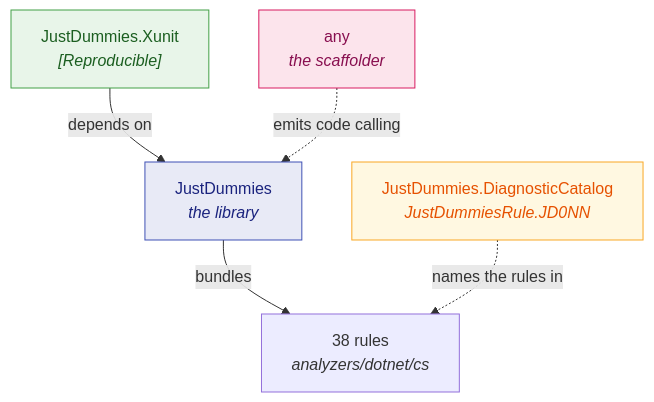
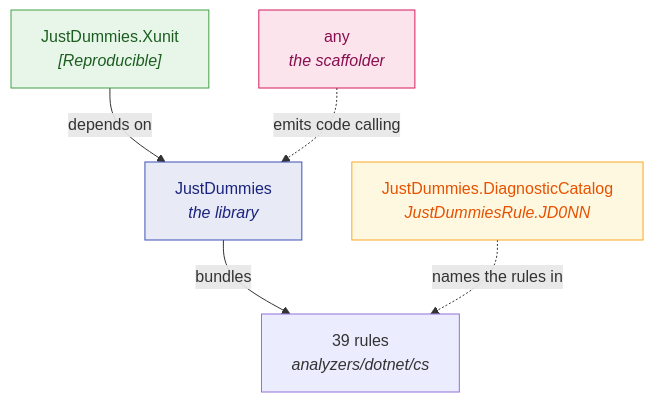
Before and after one commit to Reefact/just-dummies: the diagram in doc/handwritten/for-users/packages/README.md, drawn with Mermaid. The commit also changed other lines of this file and 41 other files, not shown here.

````diff
--- a/doc/handwritten/for-users/packages/README.md
+++ b/doc/handwritten/for-users/packages/README.md
@@ -18,14 +18,14 @@
 ```mermaid
 flowchart TD
     accTitle: How the four packages relate
-    accDescr: JustDummies, the library, bundles the 38 rules under analyzers/dotnet/cs. JustDummies.Xunit depends on the library. JustDummies.DiagnosticCatalog names those rules without depending on them, and any, the scaffolder, emits code calling the library.
-    L["JustDummies<br/><i>the library</i>"] -->|"bundles"| A["38 rules<br/><i>analyzers/dotnet/cs</i>"]
+    accDescr: JustDummies, the library, bundles the 39 rules under analyzers/dotnet/cs. JustDummies.Xunit depends on the library. JustDummies.DiagnosticCatalog names those rules without depending on them, and any, the scaffolder, emits code calling the library.
+    L["JustDummies<br/><i>the library</i>"] -->|"bundles"| A["39 rules<br/><i>analyzers/dotnet/cs</i>"]
     X["JustDummies.Xunit<br/><i>[Reproducible]</i>"] -->|"depends on"| L
     C["JustDummies.DiagnosticCatalog<br/><i>JustDummiesRule.JD0NN</i>"]
     C -.->|"names the rules in"| A
     D["any<br/><i>the scaffolder</i>"] -.->|"emits code calling"| L
     style L fill:#e8eaf6,stroke:#3f51b5,color:#1a237e
     style X fill:#e8f5e9,stroke:#43a047,color:#1b5e20
     style C fill:#fff8e1,stroke:#f9a825,color:#e65100
     style D fill:#fce4ec,stroke:#d81b60,color:#880e4f
 ```
````
